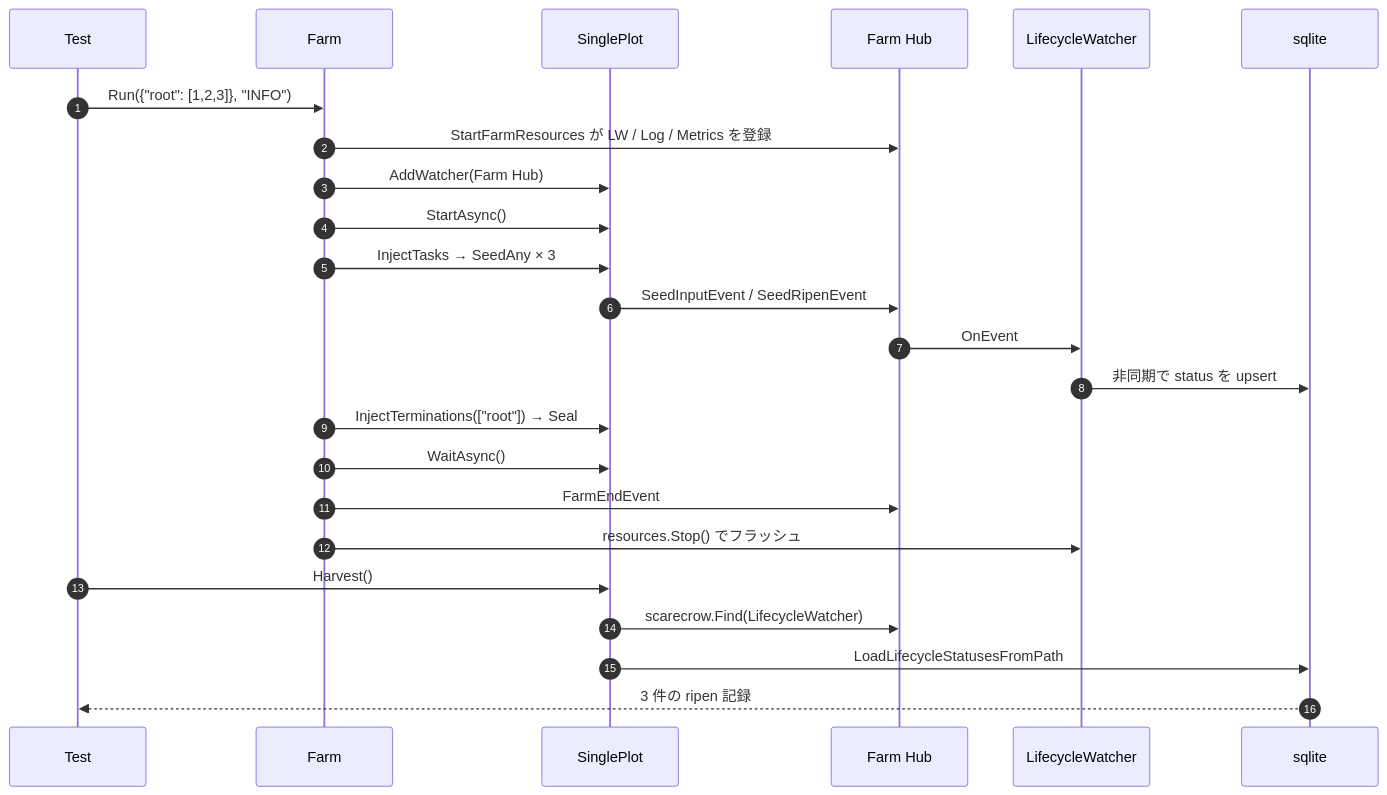
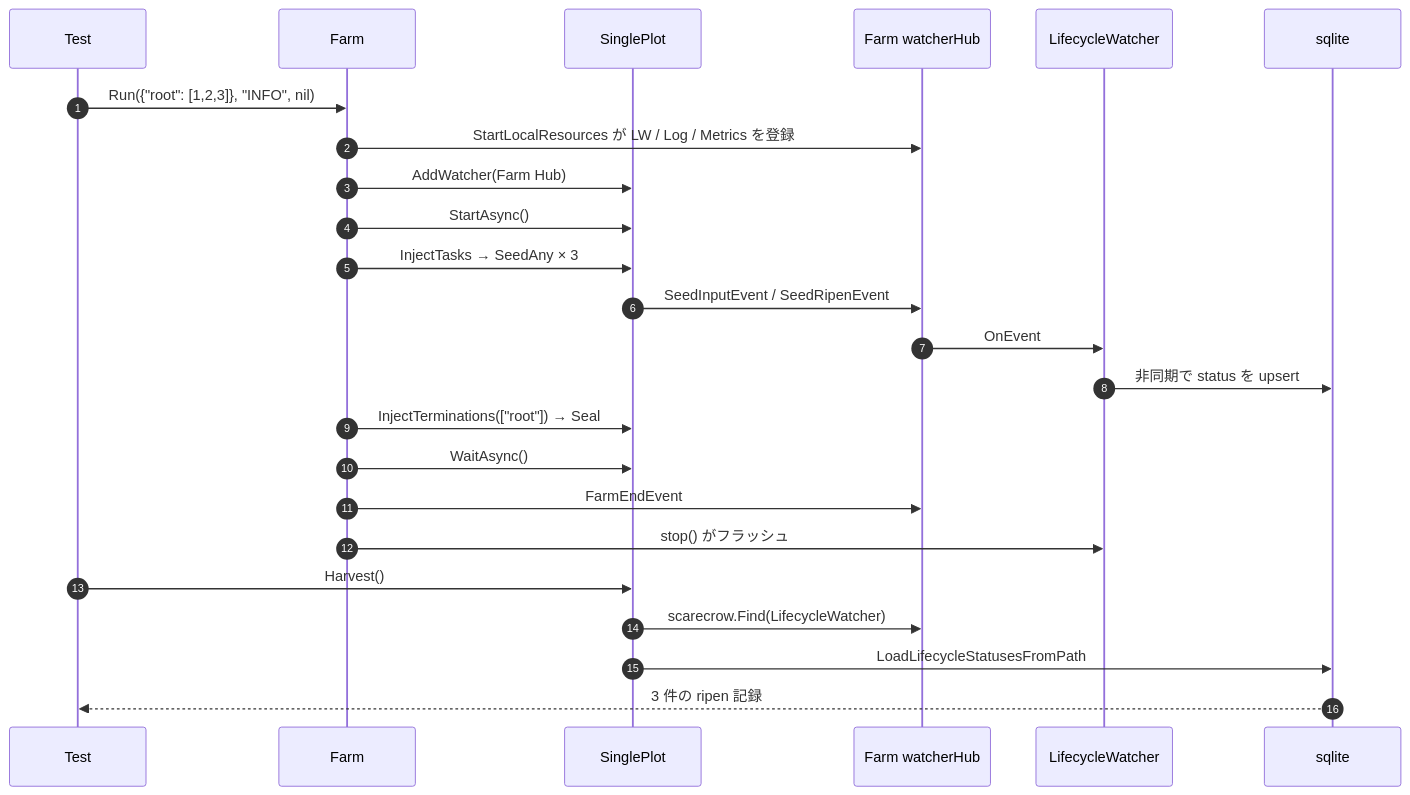
The diagram in docs/ja/pkg/farm/farm_harvest_test.md (Mr-xiaotian/CelestialGrow), drawn with Mermaid before and after one commit. The commit also changed other lines of this file and 99 other files, not shown here.

````diff
--- a/docs/ja/pkg/farm/farm_harvest_test.md
+++ b/docs/ja/pkg/farm/farm_harvest_test.md
@@ -54,27 +54,27 @@
 ```mermaid
 sequenceDiagram
     autonumber
     participant T as Test
     participant F as Farm
     participant P as SinglePlot
-    participant H as Farm Hub
+    participant H as Farm watcherHub
     participant LW as LifecycleWatcher
     participant DB as sqlite
 
-    T->>F: Run({"root": [1,2,3]}, "INFO")
-    F->>H: StartFarmResources が LW / Log / Metrics を登録
+    T->>F: Run({"root": [1,2,3]}, "INFO", nil)
+    F->>H: StartLocalResources が LW / Log / Metrics を登録
     F->>P: AddWatcher(Farm Hub)
     F->>P: StartAsync()
     F->>P: InjectTasks → SeedAny × 3
     P->>H: SeedInputEvent / SeedRipenEvent
     H->>LW: OnEvent
     LW->>DB: 非同期で status を upsert
     F->>P: InjectTerminations(["root"]) → Seal
     F->>P: WaitAsync()
     F->>H: FarmEndEvent
-    F->>LW: resources.Stop() でフラッシュ
+    F->>LW: stop() がフラッシュ
     T->>P: Harvest()
     P->>H: scarecrow.Find(LifecycleWatcher)
     P->>DB: LoadLifecycleStatusesFromPath
     DB-->>T: 3 件の ripen 記録
 ```
````
